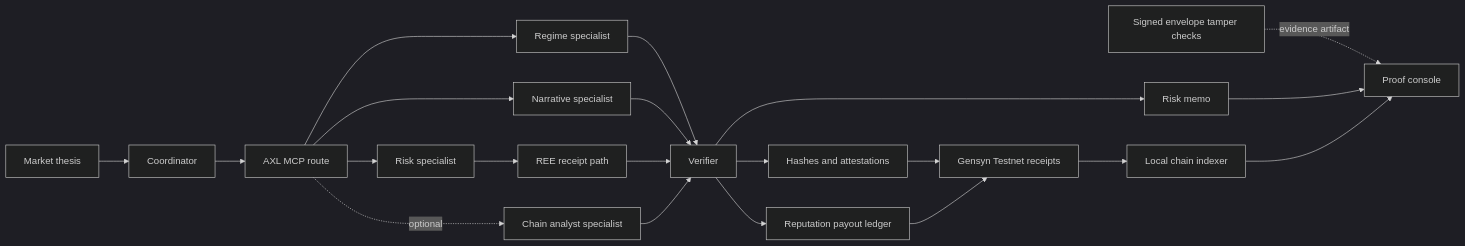
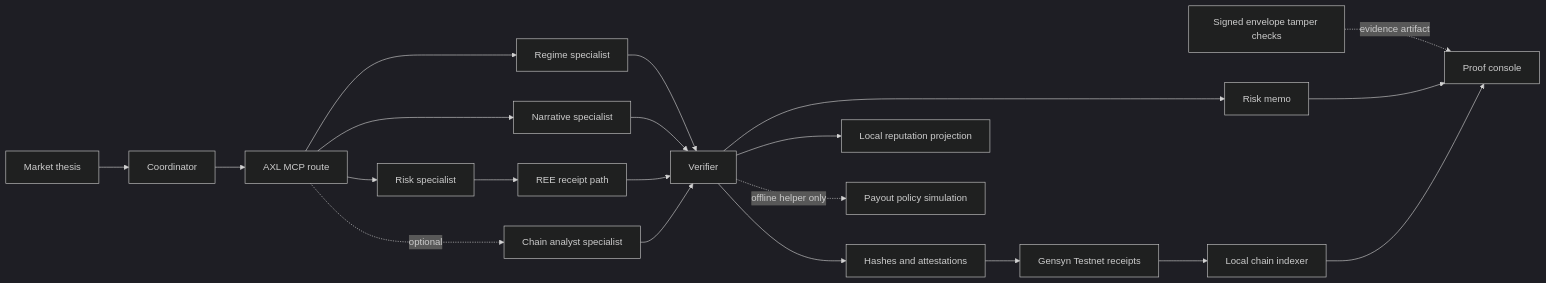
The diagram in README.md (ashishki/Signal_Court), drawn with Mermaid (dark theme) before and after one commit. The commit also changed other lines of this file and 54 other files, not shown here.

````diff
--- a/README.md
+++ b/README.md
@@ -116,23 +123,23 @@
 ```mermaid
 flowchart LR
     A[Market thesis] --> B[Coordinator]
     B --> C[AXL MCP route]
     C --> D[Regime specialist]
     C --> E[Narrative specialist]
     C --> F[Risk specialist]
     C -. optional .-> N[Chain analyst specialist]
     D --> G[Verifier]
     E --> G
     F --> H[REE receipt path]
     H --> G
     N --> G
     G --> I[Risk memo]
     G --> J[Hashes and attestations]
-    G --> P[Reputation payout ledger]
+    G --> P[Local reputation projection]
     J --> K[Gensyn Testnet receipts]
-    P --> K
     K --> L[Local chain indexer]
+    G -. offline helper only .-> Q[Payout policy simulation]
     T[Signed envelope tamper checks] -. evidence artifact .-> M
     I --> M[Proof console]
     L --> M
 ```
````
